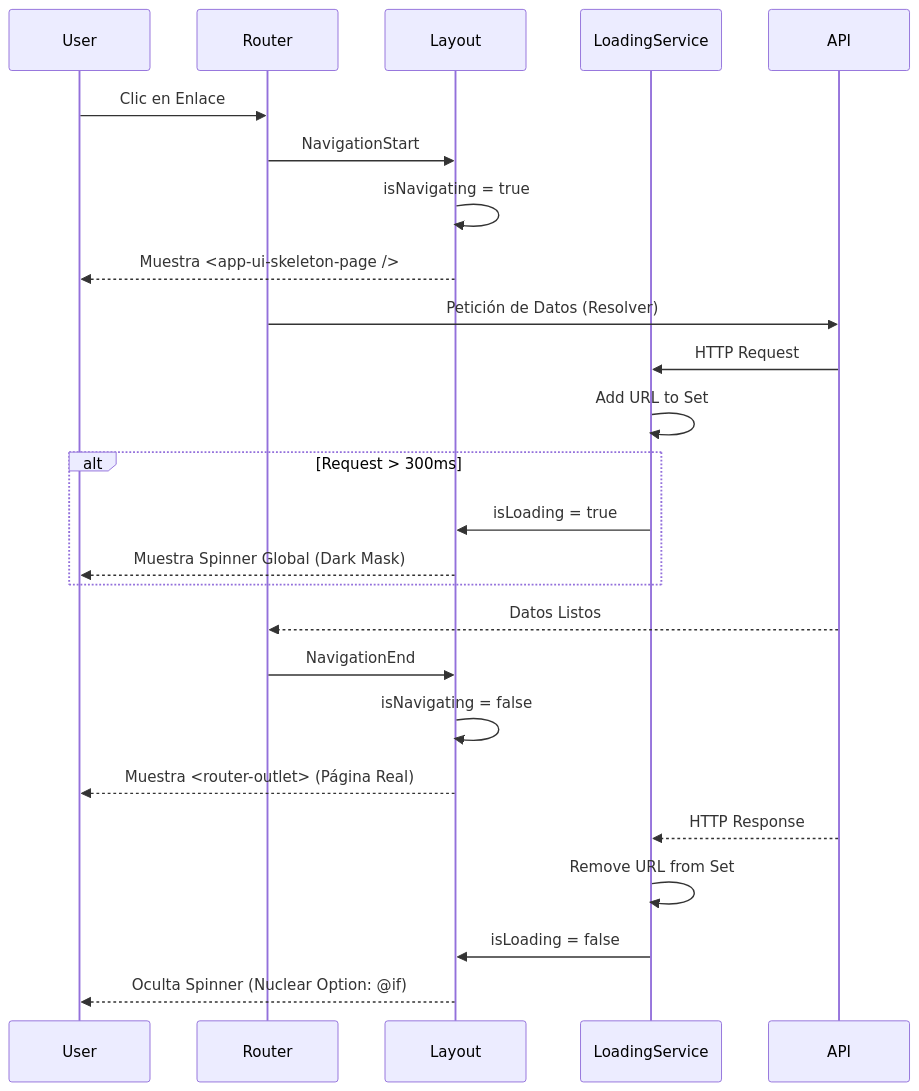
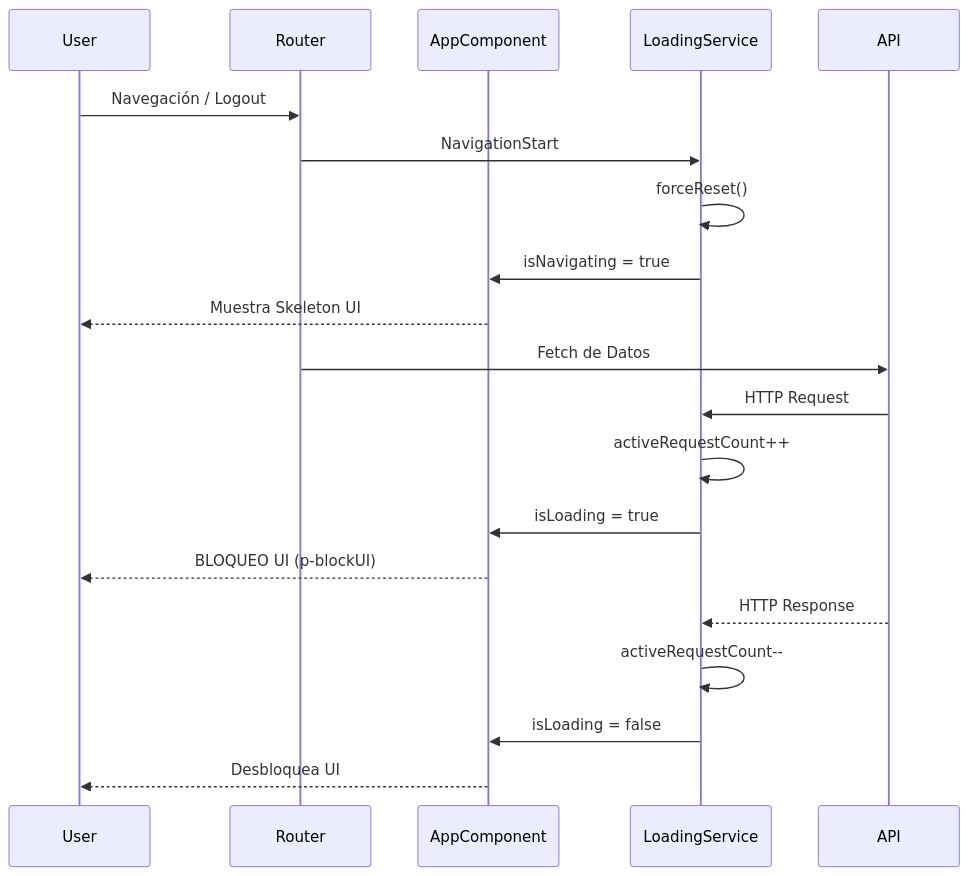
One commit to henrytaby/an-uyuni-frontend changed the diagram in docs/LOADING_SKELETON_SYSTEM.md. Above: the diagram before and after it, drawn with Mermaid. The commit also changed other lines of this file and 4 other files, not shown here.

````diff
--- a/docs/LOADING_SKELETON_SYSTEM.md
+++ b/docs/LOADING_SKELETON_SYSTEM.md
@@ -80,34 +61,25 @@
 ```mermaid
 sequenceDiagram
     participant User
     participant Router
-    participant Layout
+    participant AppComponent
     participant LoadingService
     participant API
 
-    %% Skeleton Navigation Flow
-    User->>Router: Clic en Enlace
-    Router->>Layout: NavigationStart
-    Layout->>Layout: isNavigating = true
-    Layout-->>User: Muestra <app-ui-skeleton-page />
-    
-    %% API Request Flow
-    Router->>API: Petición de Datos (Resolver)
+    User->>Router: Navegación / Logout
+    Router->>LoadingService: NavigationStart
+    LoadingService->>LoadingService: forceReset()
+    LoadingService->>AppComponent: isNavigating = true
+    AppComponent-->>User: Muestra Skeleton UI
+
+    Router->>API: Fetch de Datos
     API->>LoadingService: HTTP Request
-    LoadingService->>LoadingService: Add URL to Set
-    
-    alt Request > 300ms
-        LoadingService->>Layout: isLoading = true
-        Layout-->>User: Muestra Spinner Global (Dark Mask)
-    end
+    LoadingService->>LoadingService: activeRequestCount++
+    LoadingService->>AppComponent: isLoading = true
+    AppComponent-->>User: BLOQUEO UI (p-blockUI)
 
-    API-->>Router: Datos Listos
-    Router->>Layout: NavigationEnd
-    Layout->>Layout: isNavigating = false
-    Layout-->>User: Muestra <router-outlet> (Página Real)
-    
     API-->>LoadingService: HTTP Response
-    LoadingService->>LoadingService: Remove URL from Set
-    LoadingService->>Layout: isLoading = false
-    Layout-->>User: Oculta Spinner (Nuclear Option: @if)
+    LoadingService->>LoadingService: activeRequestCount--
+    LoadingService->>AppComponent: isLoading = false
+    AppComponent-->>User: Desbloquea UI
 ```
````
